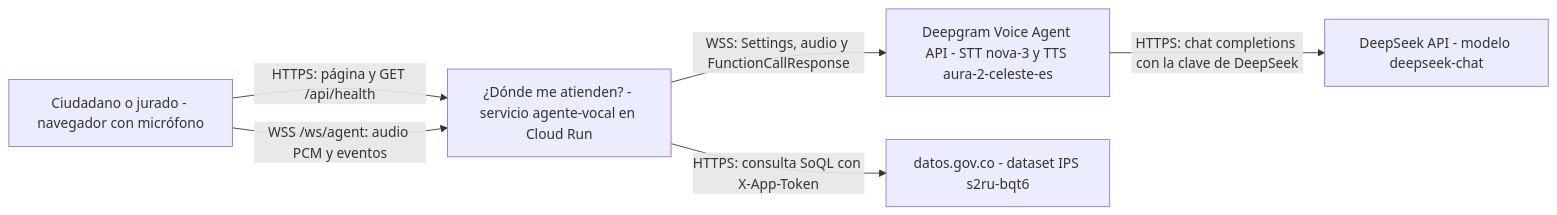
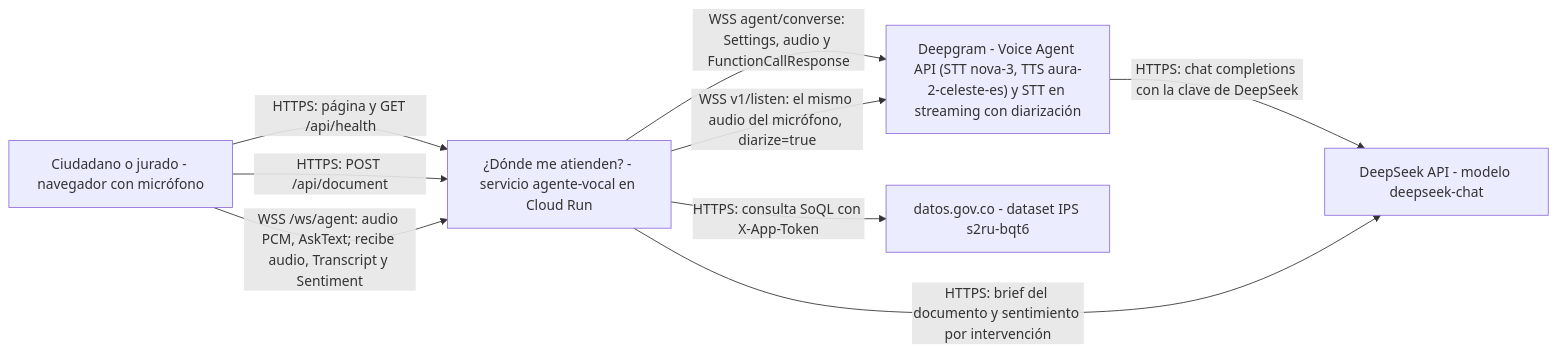
Before and after one commit to JacoboJaramillo/Hackathon: the first of 5 diagrams in docs/ARCHITECTURE.md, drawn with Mermaid. The commit also changed other lines of this file and 15 other files, not shown here.

````diff
--- a/docs/ARCHITECTURE.md
+++ b/docs/ARCHITECTURE.md
@@ -24,14 +24,17 @@
 ```mermaid
 flowchart LR
   usuario["Ciudadano o jurado - navegador con micrófono"]
   sistema["¿Dónde me atienden? - servicio agente-vocal en Cloud Run"]
-  deepgram["Deepgram Voice Agent API - STT nova-3 y TTS aura-2-celeste-es"]
+  deepgram["Deepgram - Voice Agent API (STT nova-3, TTS aura-2-celeste-es) y STT en streaming con diarización"]
   deepseek["DeepSeek API - modelo deepseek-chat"]
   datosgov["datos.gov.co - dataset IPS s2ru-bqt6"]
 
   usuario -- "HTTPS: página y GET /api/health" --> sistema
-  usuario -- "WSS /ws/agent: audio PCM y eventos" --> sistema
-  sistema -- "WSS: Settings, audio y FunctionCallResponse" --> deepgram
+  usuario -- "HTTPS: POST /api/document" --> sistema
+  usuario -- "WSS /ws/agent: audio PCM, AskText; recibe audio, Transcript y Sentiment" --> sistema
+  sistema -- "WSS agent/converse: Settings, audio y FunctionCallResponse" --> deepgram
+  sistema -- "WSS v1/listen: el mismo audio del micrófono, diarize=true" --> deepgram
   deepgram -- "HTTPS: chat completions con la clave de DeepSeek" --> deepseek
+  sistema -- "HTTPS: brief del documento y sentimiento por intervención" --> deepseek
   sistema -- "HTTPS: consulta SoQL con X-App-Token" --> datosgov
 ```
````
